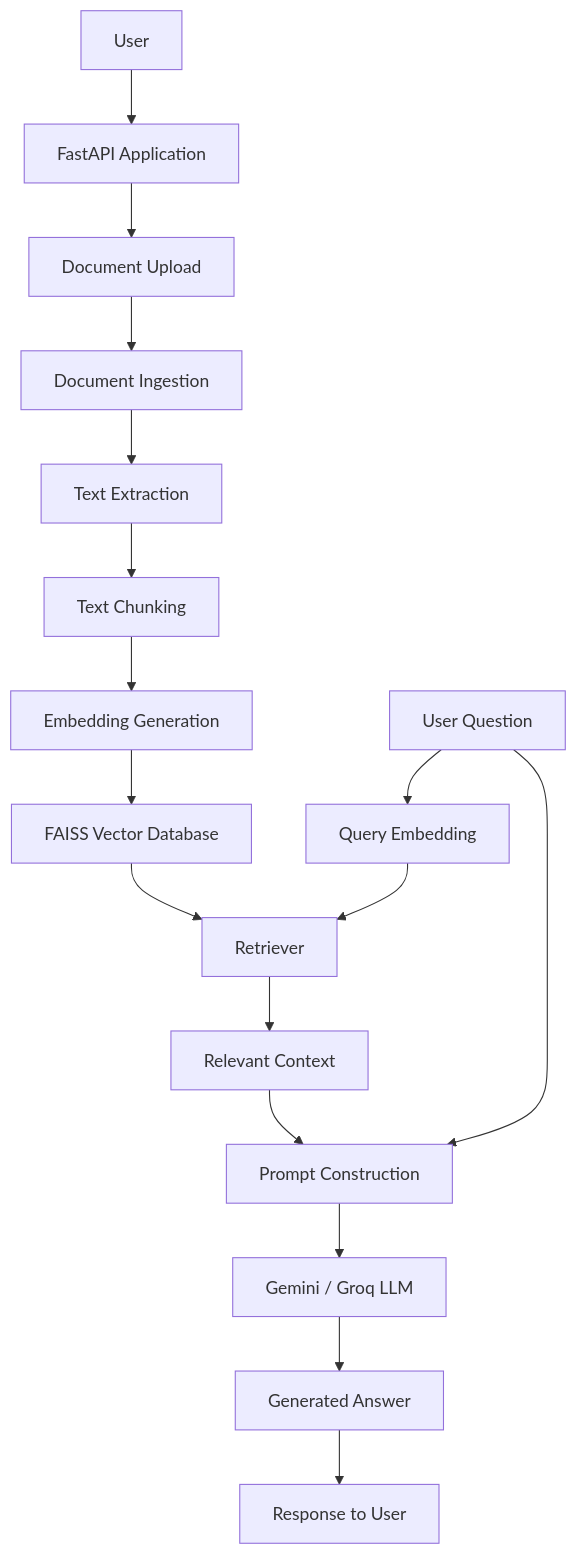
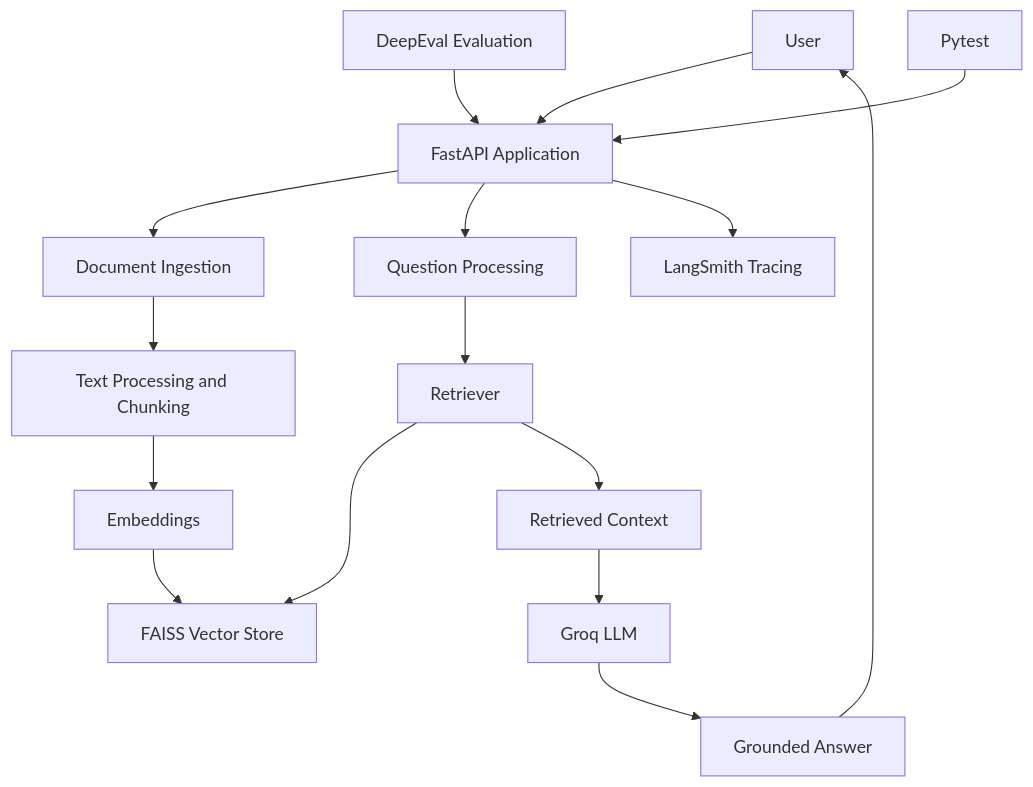
One commit to i-am-tushaar/End-to-End-LLMOPs-Project changed the first of 2 diagrams in README.md. Above: the diagram before and after it, drawn with Mermaid. The commit also changed other lines of this file and 4 other files, not shown here.

````diff
--- a/README.md
+++ b/README.md
@@ -117,26 +47,19 @@
 ```mermaid
 flowchart TD
     A[User] --> B[FastAPI Application]
+    B --> C[Document Ingestion]
+    C --> D[Text Processing and Chunking]
+    D --> E[Embeddings]
+    E --> F[FAISS Vector Store]
+    B --> G[Question Processing]
+    G --> H[Retriever]
+    H --> F
+    H --> I[Retrieved Context]
+    I --> J[Groq LLM]
+    J --> K[Grounded Answer]
+    K --> A
 
-    B --> C[Document Upload]
-    C --> D[Document Ingestion]
-
-    D --> E[Text Extraction]
-    E --> F[Text Chunking]
-
-    F --> G[Embedding Generation]
-    G --> H[FAISS Vector Database]
-
-    I[User Question] --> J[Query Embedding]
-    J --> K[Retriever]
-
-    H --> K
-    K --> L[Relevant Context]
-
-    L --> M[Prompt Construction]
-    I --> M
-
-    M --> N[Gemini / Groq LLM]
-    N --> O[Generated Answer]
-    O --> P[Response to User]
+    B --> L[LangSmith Tracing]
+    M[DeepEval Evaluation] --> B
+    N[Pytest] --> B
 ```
````
